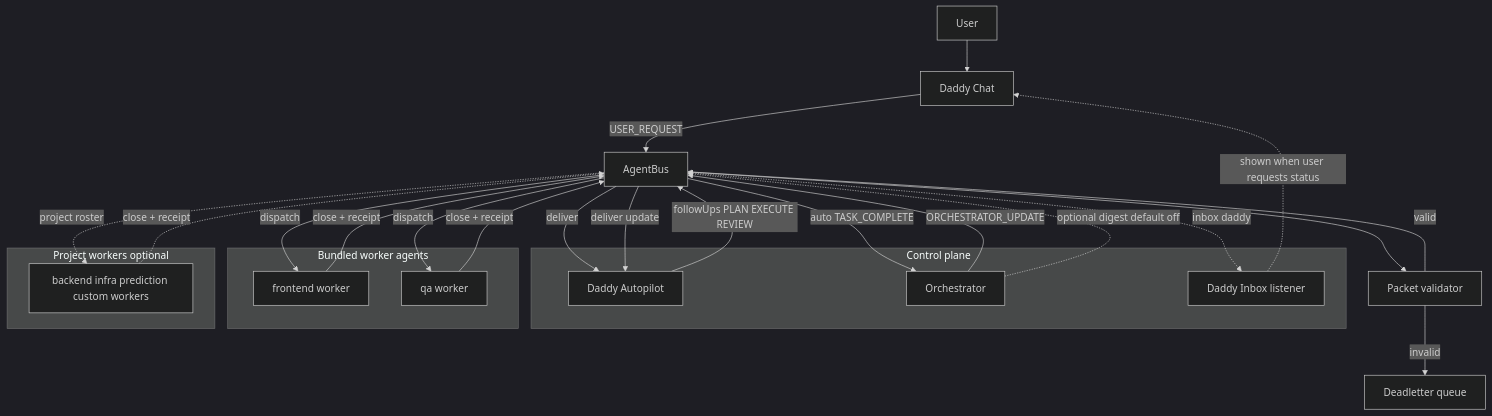
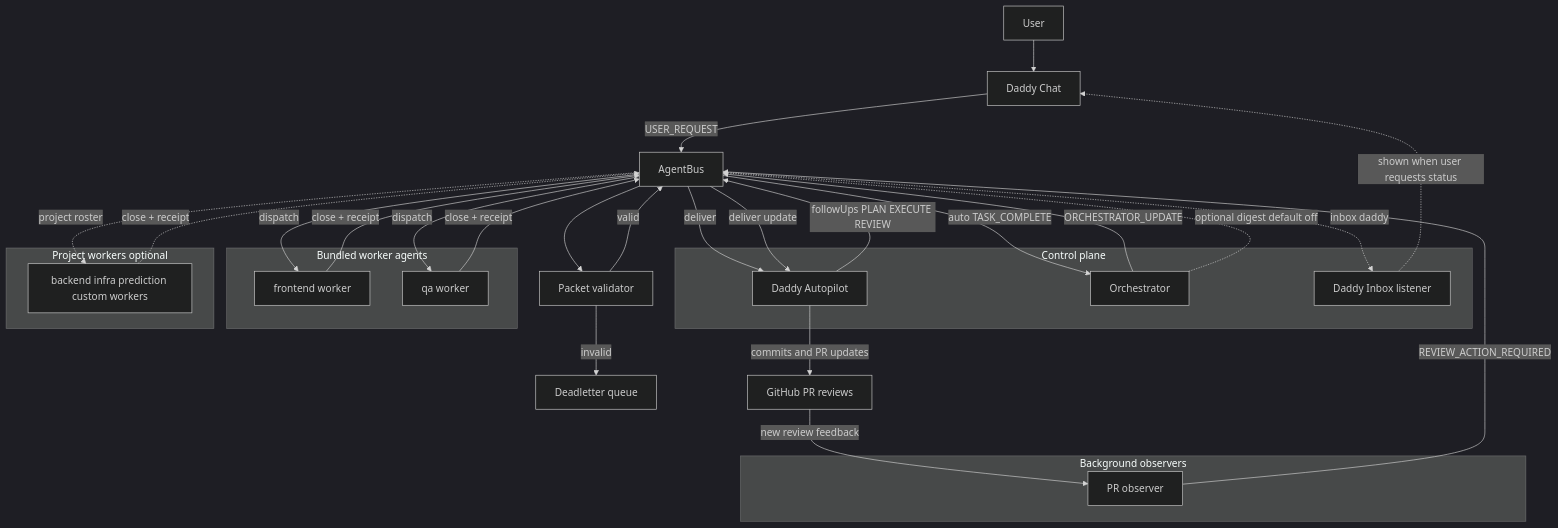
Before and after one commit to future3OOO/agentic-cockpit: the first of 4 diagrams in docs/agentic/WORKFLOW_VISUALS.md, drawn with Mermaid (dark theme). The commit also changed other lines of this file and 6 other files, not shown here.

Commit message:
cockpit: auto-start PR observer and route review feedback

````diff
--- a/docs/agentic/WORKFLOW_VISUALS.md
+++ b/docs/agentic/WORKFLOW_VISUALS.md
@@ -14,42 +14,51 @@
 ```mermaid
 flowchart TB
   User["User"] --> DaddyChat["Daddy Chat"]
   DaddyChat -->|USER_REQUEST| Bus["AgentBus"]
   Bus --> Validator["Packet validator"]
   Validator -->|valid| Bus
   Validator -->|invalid| Deadletter["Deadletter queue"]
 
   subgraph Control["Control plane"]
     Autopilot["Daddy Autopilot"]
     Orchestrator["Orchestrator"]
     DaddyInbox["Daddy Inbox listener"]
   end
 
+  subgraph Observers["Background observers"]
+    PrObserver["PR observer"]
+  end
+
   subgraph BundledWorkers["Bundled worker agents"]
     Frontend["frontend worker"]
     QA["qa worker"]
   end
+
+  GitHub["GitHub PR reviews"]
 
   subgraph ProjectWorkers["Project workers optional"]
     ExtraWorkers["backend infra prediction custom workers"]
   end
 
   Bus -->|deliver| Autopilot
   Autopilot -->|followUps PLAN EXECUTE REVIEW| Bus
+  Autopilot -->|commits and PR updates| GitHub
+  GitHub -->|new review feedback| PrObserver
+  PrObserver -->|REVIEW_ACTION_REQUIRED| Bus
 
   Bus -->|dispatch| Frontend
   Bus -->|dispatch| QA
   Bus -. project roster .-> ExtraWorkers
 
   Frontend -->|close + receipt| Bus
   QA -->|close + receipt| Bus
   ExtraWorkers -. close + receipt .-> Bus
 
   Bus -->|auto TASK_COMPLETE| Orchestrator
   Orchestrator -->|ORCHESTRATOR_UPDATE| Bus
   Bus -->|deliver update| Autopilot
 
   Orchestrator -. optional digest default off .-> Bus
   Bus -. inbox daddy .-> DaddyInbox
   DaddyInbox -. shown when user requests status .-> DaddyChat
 ```
````
